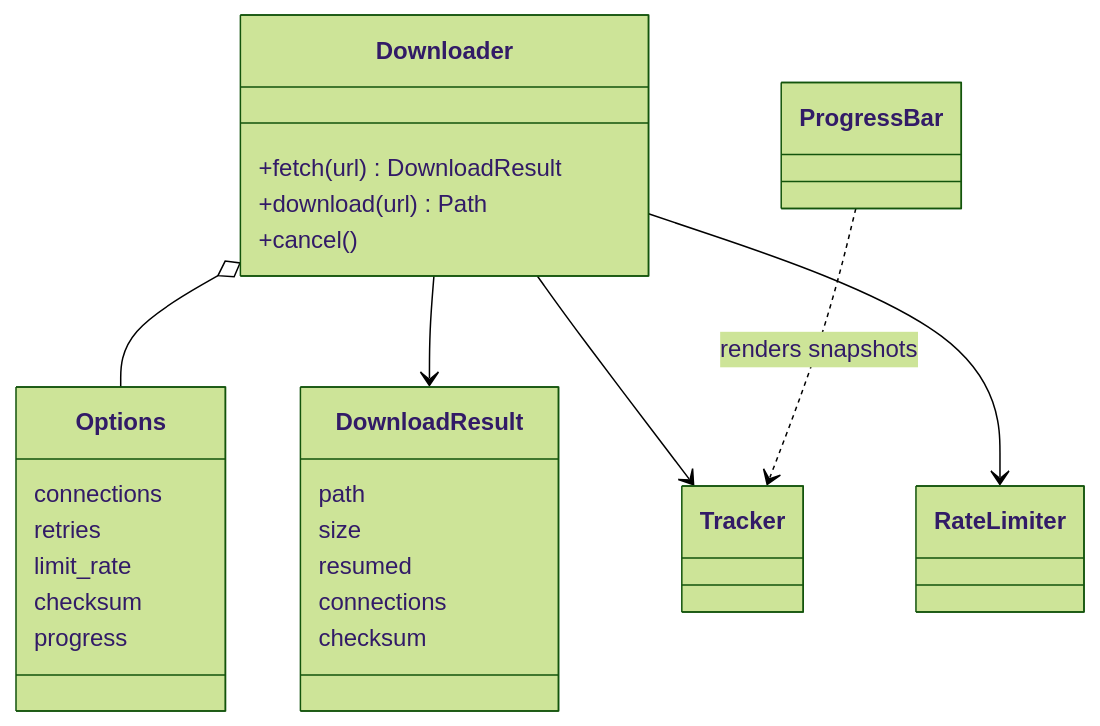
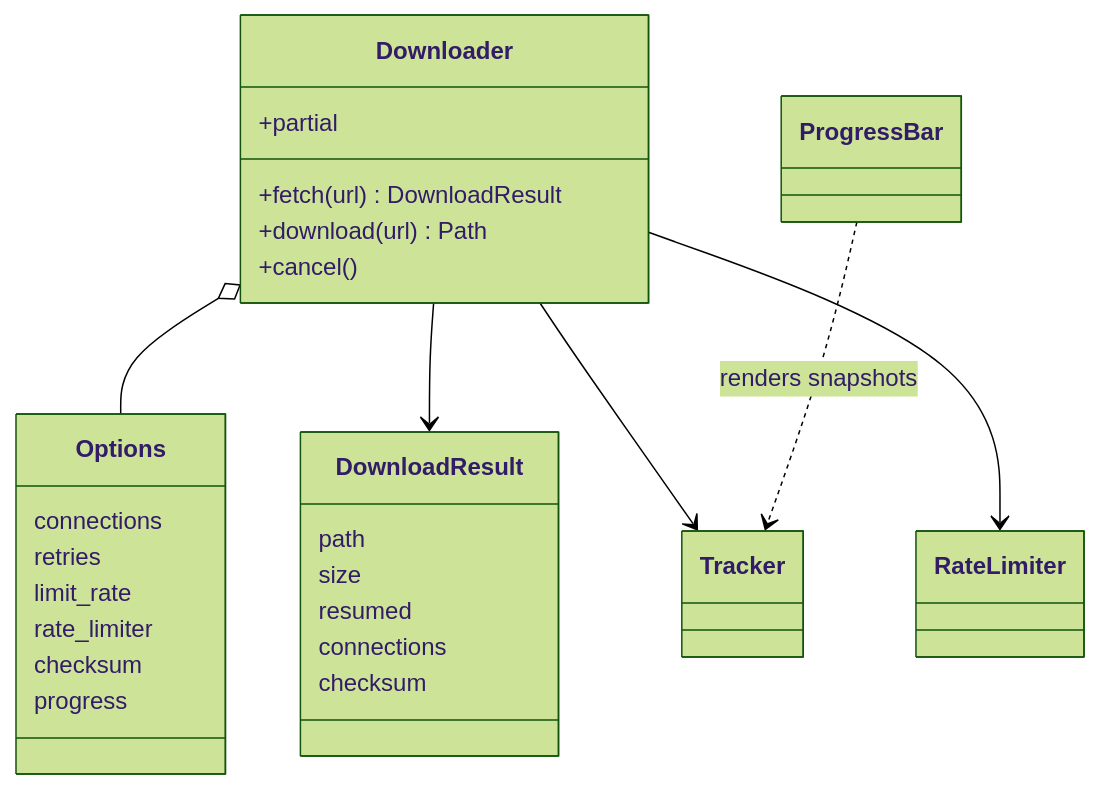
Before and after one commit to cumulus13/pywget: the eighth of 9 diagrams in README.md, drawn with Mermaid (forest theme). The commit also changed other lines of this file and 19 other files, not shown here.

````diff
--- a/README.md
+++ b/README.md
@@ -238,30 +409,32 @@
 ```mermaid
 classDiagram
     class Downloader {
         +fetch(url) DownloadResult
         +download(url) Path
         +cancel()
+        +partial
     }
     class Options {
         connections
         retries
         limit_rate
+        rate_limiter
         checksum
         progress
     }
     class DownloadResult {
         path
         size
         resumed
         connections
         checksum
     }
     class Tracker
     class ProgressBar
     class RateLimiter
     Downloader o-- Options
     Downloader --> DownloadResult
     Downloader --> Tracker
     Downloader --> RateLimiter
     ProgressBar ..> Tracker : renders snapshots
 ```
````
